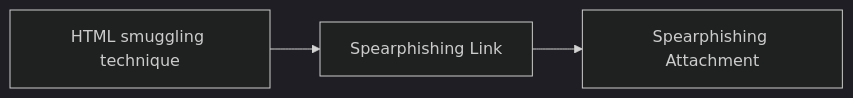
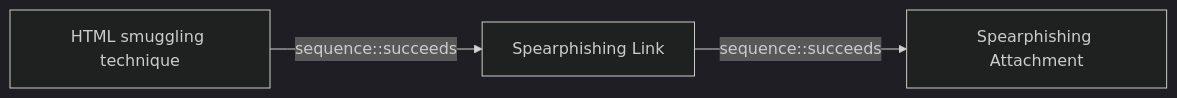
The diagram in docs/threats/html-smuggling-technique.md (opentidehq/library), drawn with Mermaid (dark theme) before and after one commit. The commit also changed other lines of this file and 277 other files, not shown here.

````diff
--- a/docs/threats/html-smuggling-technique.md
+++ b/docs/threats/html-smuggling-technique.md
@@ -67,8 +109,8 @@
 ```mermaid
 flowchart LR
 c7ed4fad_a58f_47da_9938_4a673526b3f4["HTML smuggling technique"]
 1a68b5eb_0112_424d_a21f_88dda0b6b8df["Spearphishing Link"]
 dd5d942c_bac4_4000_b9a6_ca4fef6cfb84["Spearphishing Attachment"]
-c7ed4fad_a58f_47da_9938_4a673526b3f4 --> 1a68b5eb_0112_424d_a21f_88dda0b6b8df
-1a68b5eb_0112_424d_a21f_88dda0b6b8df --> dd5d942c_bac4_4000_b9a6_ca4fef6cfb84
+c7ed4fad_a58f_47da_9938_4a673526b3f4 -->|sequence::succeeds| 1a68b5eb_0112_424d_a21f_88dda0b6b8df
+1a68b5eb_0112_424d_a21f_88dda0b6b8df -->|sequence::succeeds| dd5d942c_bac4_4000_b9a6_ca4fef6cfb84
 ```
````
